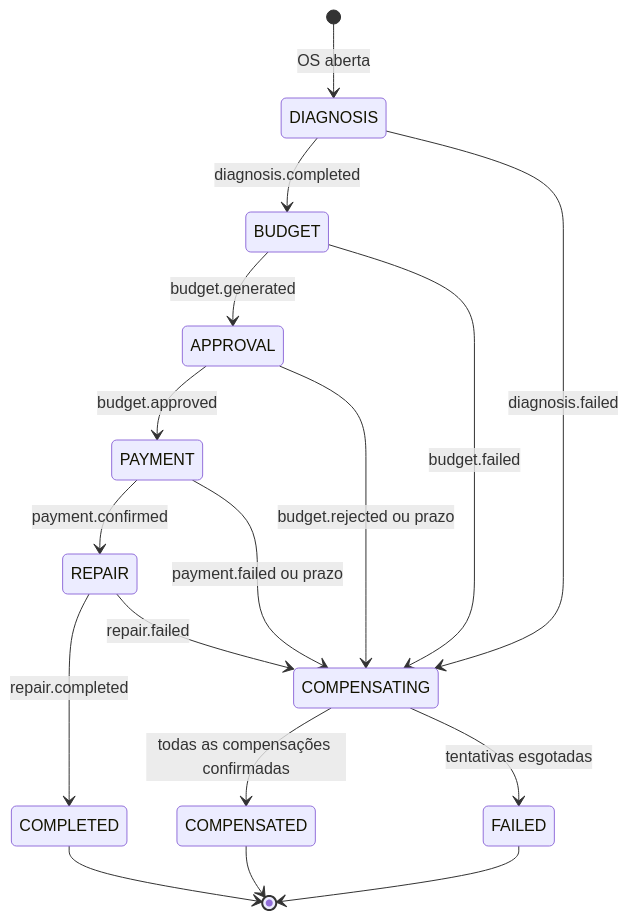
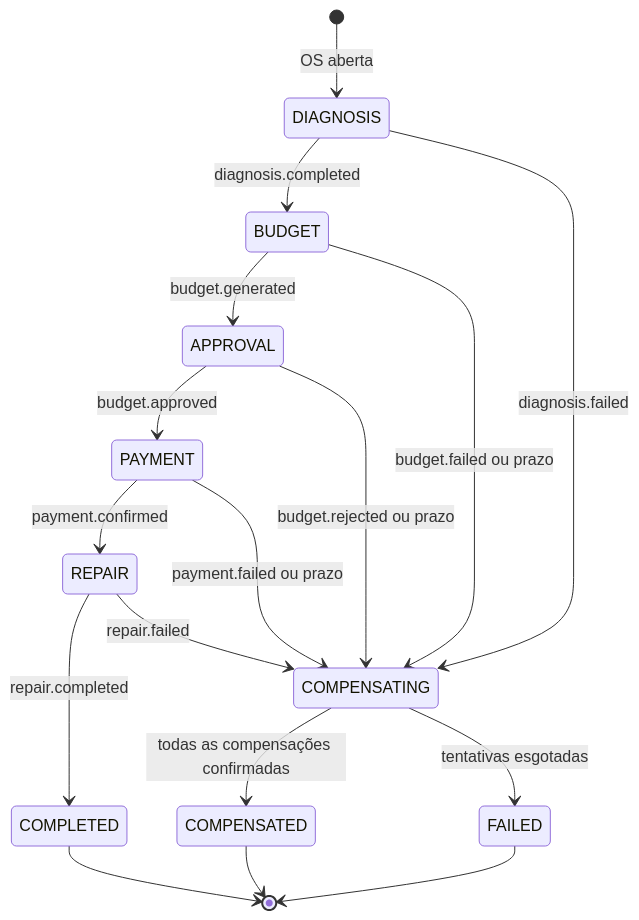
One commit to bregaldahq/oficina-api changed the third of 4 diagrams in docs/fase-4/diagramas/saga.md. Above: the diagram before and after it, drawn with Mermaid. The commit also changed other lines of this file and 3 other files, not shown here.

````diff
--- a/docs/fase-4/diagramas/saga.md
+++ b/docs/fase-4/diagramas/saga.md
@@ -76,21 +76,21 @@
 ```mermaid
 stateDiagram-v2
     [*] --> DIAGNOSIS: OS aberta
     DIAGNOSIS --> BUDGET: diagnosis.completed
     BUDGET --> APPROVAL: budget.generated
     APPROVAL --> PAYMENT: budget.approved
     PAYMENT --> REPAIR: payment.confirmed
     REPAIR --> COMPLETED: repair.completed
     COMPLETED --> [*]
 
     DIAGNOSIS --> COMPENSATING: diagnosis.failed
-    BUDGET --> COMPENSATING: budget.failed
+    BUDGET --> COMPENSATING: budget.failed ou prazo
     APPROVAL --> COMPENSATING: budget.rejected ou prazo
     PAYMENT --> COMPENSATING: payment.failed ou prazo
     REPAIR --> COMPENSATING: repair.failed
 
     COMPENSATING --> COMPENSATED: todas as compensações confirmadas
     COMPENSATING --> FAILED: tentativas esgotadas
     COMPENSATED --> [*]
     FAILED --> [*]
 ```
````
